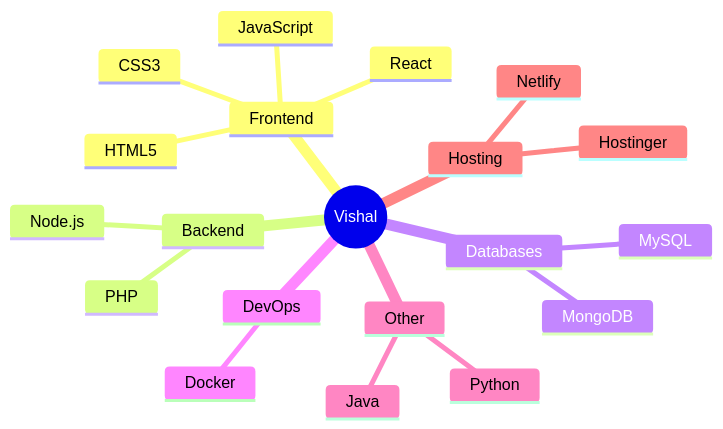
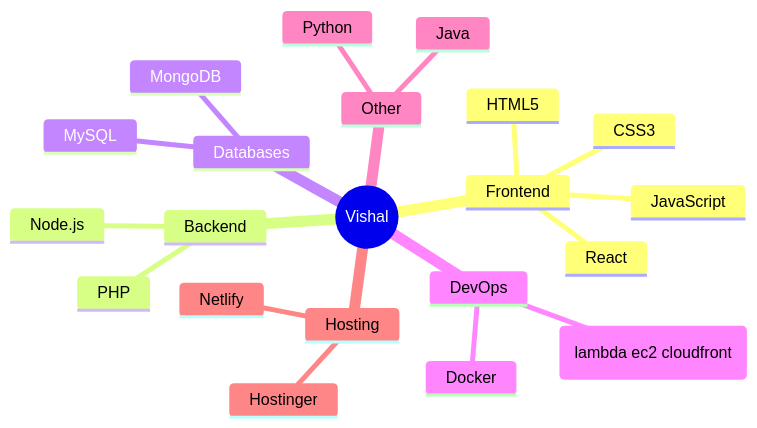
Before and after one commit to VISHAL-50/VISHAL-50: the diagram in README.md, drawn with Mermaid.

````diff
--- a/README.md
+++ b/README.md
@@ -18,23 +18,24 @@
 ```mermaid
 mindmap
   root((Vishal))
     Frontend
       HTML5
       CSS3
       JavaScript
       React
     Backend
       Node.js
       PHP
     Databases
       MySQL
       MongoDB
     DevOps
       Docker
+      AWS( lambda ec2 cloudfront)
     Other
       Python
       Java
     Hosting
       Hostinger
       Netlify
 ```
````
